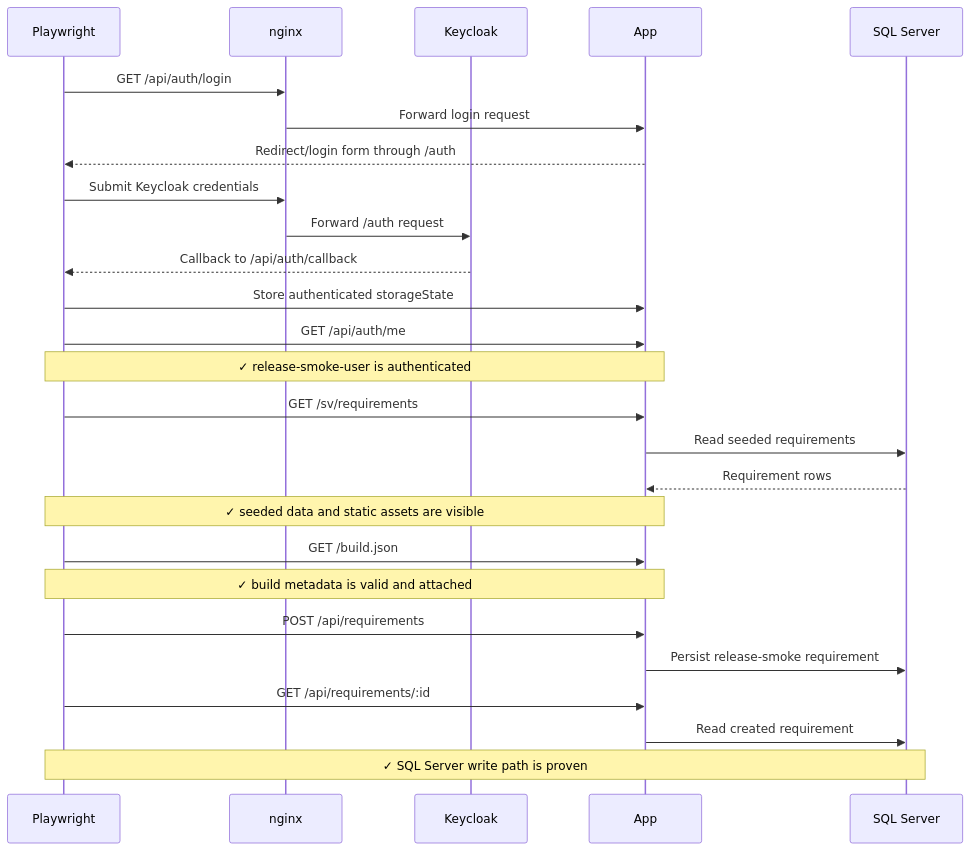
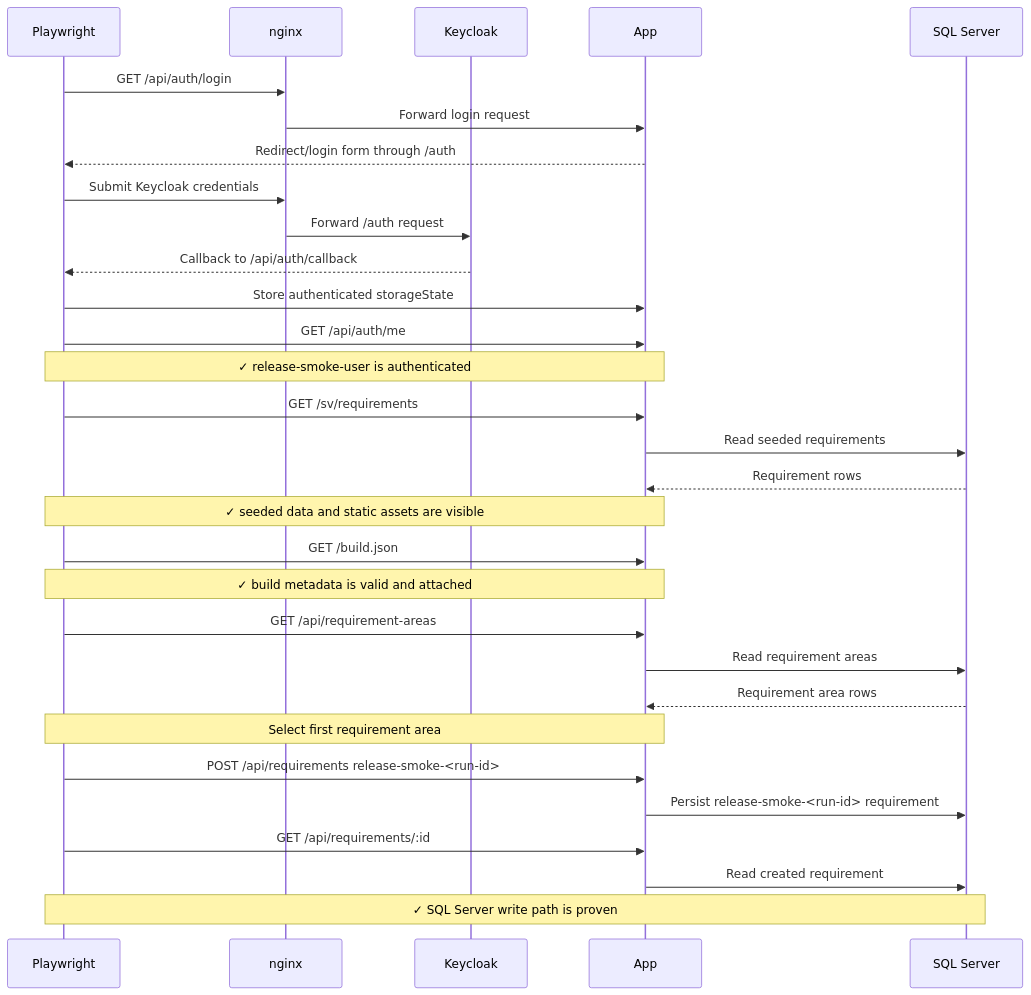
One commit to viscalyx/Kravhantering changed the second of 2 diagrams in tests/release-smoke/release-smoke.md. Above: the diagram before and after it, drawn with Mermaid. The commit also changed other lines of this file and 121 other files, not shown here.

````diff
--- a/tests/release-smoke/release-smoke.md
+++ b/tests/release-smoke/release-smoke.md
@@ -89,29 +89,33 @@
 ```mermaid
 sequenceDiagram
     participant PW as Playwright
     participant N as nginx
     participant KC as Keycloak
     participant APP as App
     participant DB as SQL Server
 
     PW->>N: GET /api/auth/login
     N->>APP: Forward login request
     APP-->>PW: Redirect/login form through /auth
     PW->>N: Submit Keycloak credentials
     N->>KC: Forward /auth request
     KC-->>PW: Callback to /api/auth/callback
     PW->>APP: Store authenticated storageState
     PW->>APP: GET /api/auth/me
     Note over PW,APP: ✓ release-smoke-user is authenticated
     PW->>APP: GET /sv/requirements
     APP->>DB: Read seeded requirements
     DB-->>APP: Requirement rows
     Note over PW,APP: ✓ seeded data and static assets are visible
     PW->>APP: GET /build.json
     Note over PW,APP: ✓ build metadata is valid and attached
-    PW->>APP: POST /api/requirements
-    APP->>DB: Persist release-smoke requirement
+    PW->>APP: GET /api/requirement-areas
+    APP->>DB: Read requirement areas
+    DB-->>APP: Requirement area rows
+    Note over PW,APP: Select first requirement area
+    PW->>APP: POST /api/requirements release-smoke-<run-id>
+    APP->>DB: Persist release-smoke-<run-id> requirement
     PW->>APP: GET /api/requirements/:id
     APP->>DB: Read created requirement
     Note over PW,DB: ✓ SQL Server write path is proven
 ```
````
